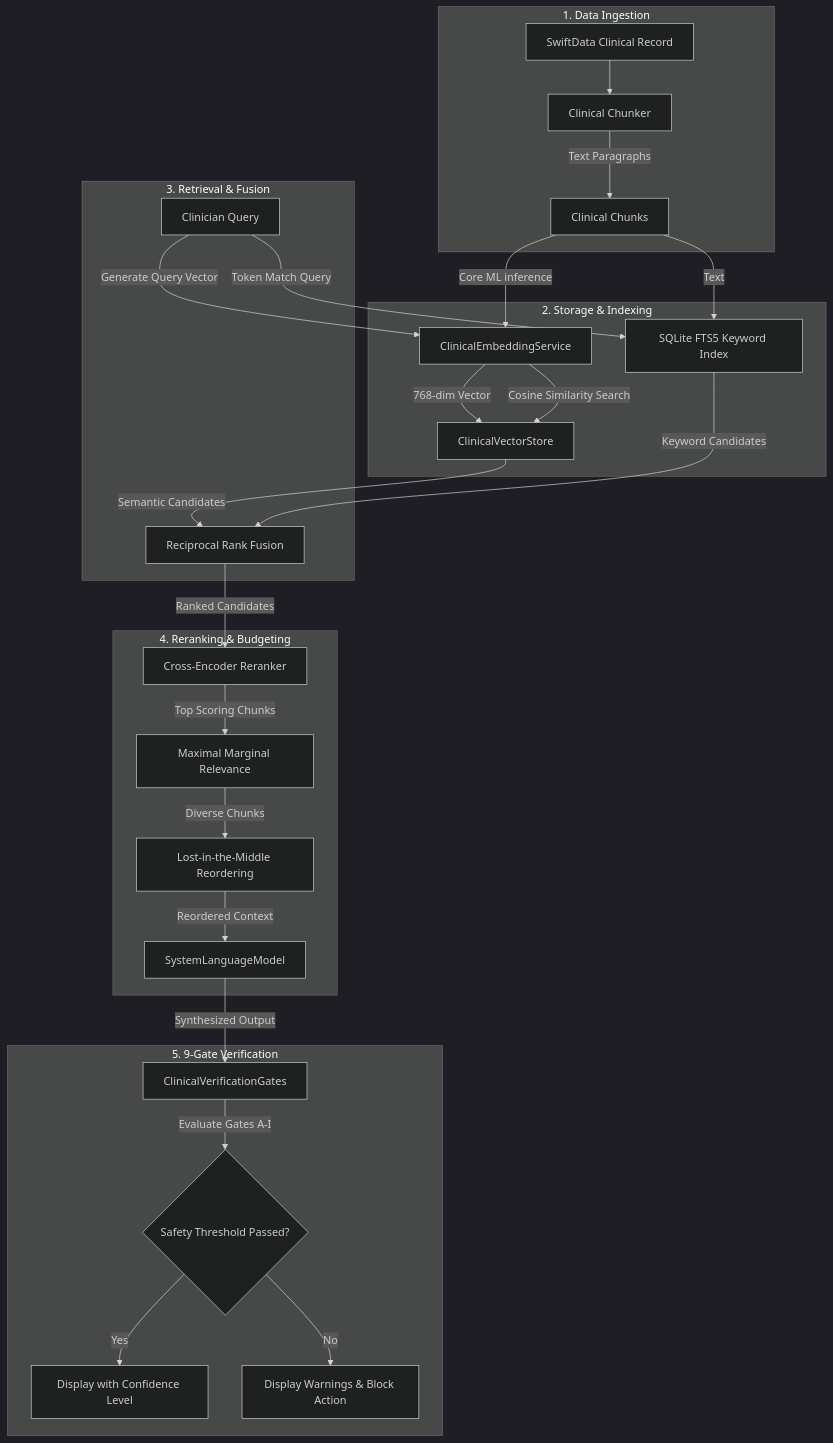
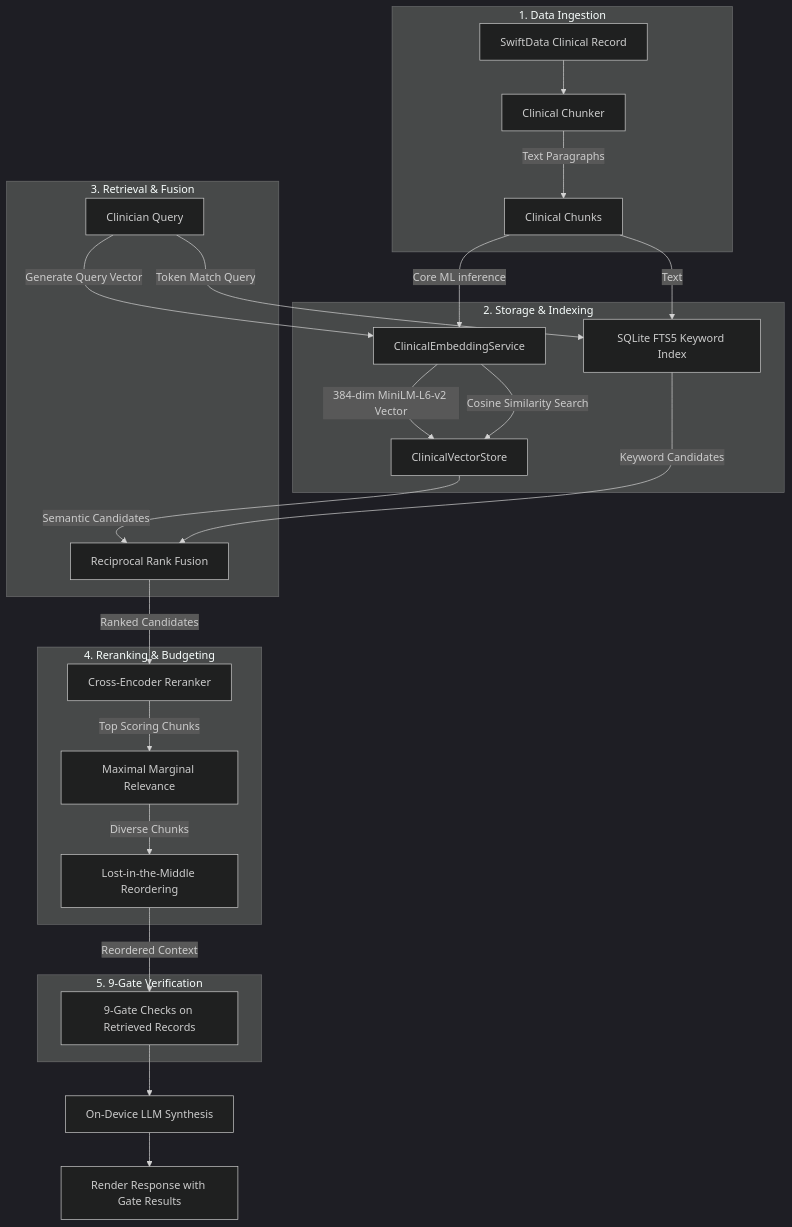
One commit to Gunnarguy/OpenClinic changed the fourth of 4 diagrams in ARCHITECTURE.md. Above: the diagram before and after it, drawn with Mermaid (dark theme). The commit also changed other lines of this file and 5 other files, not shown here.

Commit message:
docs: correct claims the code contradicts: 384-dim MiniLM embeddings, gates score retrieved records, dictation audio may go to Apple, Swift 5 mode, native macOS, storage, logging and seeding

````diff
--- a/ARCHITECTURE.md
+++ b/ARCHITECTURE.md
@@ -202,35 +202,33 @@
 ```mermaid
 flowchart TD
     subgraph Ingestion ["1. Data Ingestion"]
         Record[SwiftData Clinical Record] --> Chunker[Clinical Chunker]
         Chunker -->|Text Paragraphs| Chunks[Clinical Chunks]
     end
 
     subgraph Indexing ["2. Storage & Indexing"]
         Chunks -->|Text| FTS5[SQLite FTS5 Keyword Index]
         Chunks -->|Core ML inference| Embedder[ClinicalEmbeddingService]
-        Embedder -->|768-dim Vector| VecDB[ClinicalVectorStore]
+        Embedder -->|384-dim MiniLM-L6-v2 Vector| VecDB[ClinicalVectorStore]
     end
 
     subgraph Retrieval ["3. Retrieval & Fusion"]
         Query[Clinician Query] -->|Generate Query Vector| Embedder
         Embedder -->|Cosine Similarity Search| VecDB
         Query -->|Token Match Query| FTS5
         VecDB -->|Semantic Candidates| RRF[Reciprocal Rank Fusion]
         FTS5 -->|Keyword Candidates| RRF
     end
 
     subgraph Processing ["4. Reranking & Budgeting"]
         RRF -->|Ranked Candidates| Rerank[Cross-Encoder Reranker]
         Rerank -->|Top Scoring Chunks| MMR[Maximal Marginal Relevance]
         MMR -->|Diverse Chunks| Middle[Lost-in-the-Middle Reordering]
-        Middle -->|Reordered Context| LLM[SystemLanguageModel]
     end
 
     subgraph Verification ["5. 9-Gate Verification"]
-        LLM -->|Synthesized Output| GateEval[ClinicalVerificationGates]
-        GateEval -->|Evaluate Gates A-I| Check{Safety Threshold Passed?}
-        Check -->|Yes| Output[Display with Confidence Level]
-        Check -->|No| Warn[Display Warnings & Block Action]
+        Middle -->|Reordered Context| GateEval[9-Gate Checks on Retrieved Records]
     end
+
+    GateEval --> LLM[On-Device LLM Synthesis] --> Output[Render Response with Gate Results]
 ```
````
